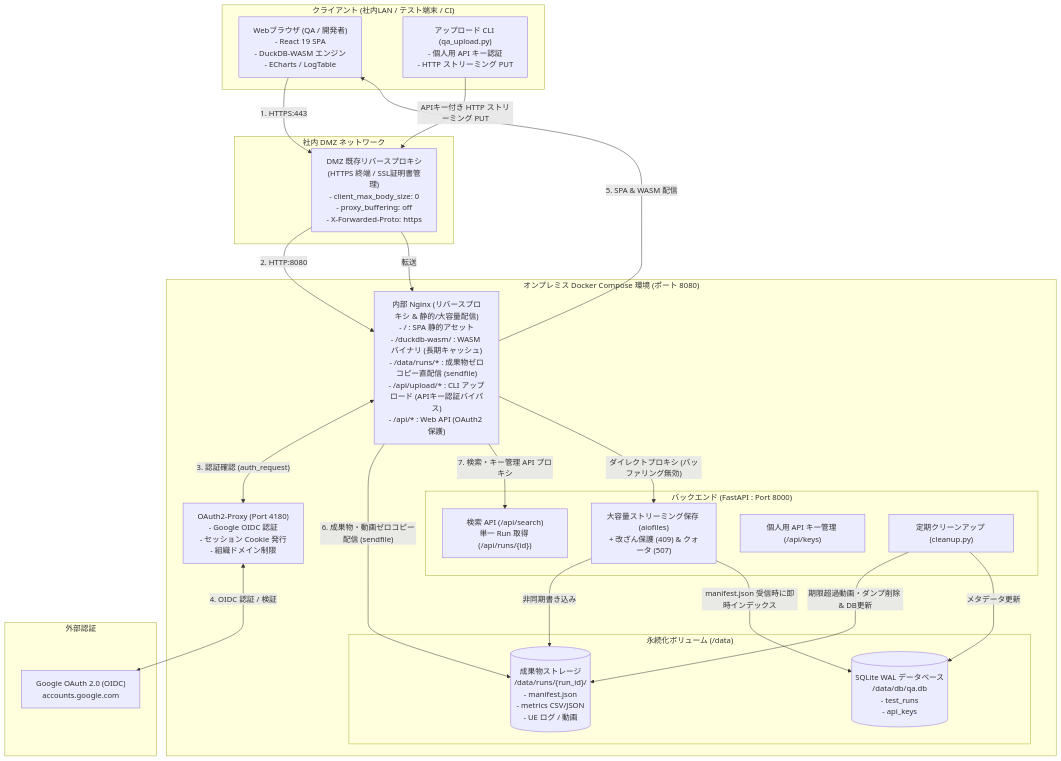
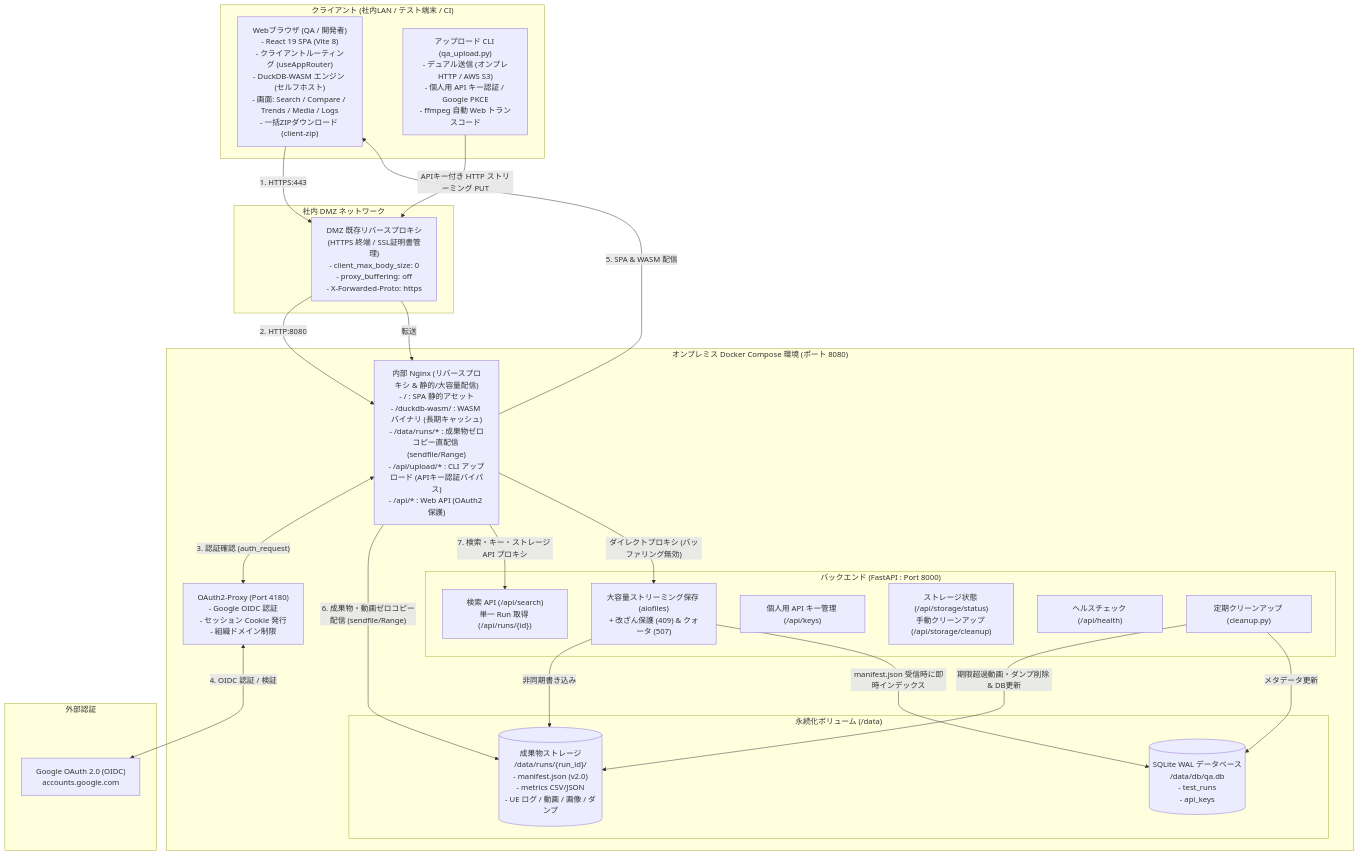
One commit to y-akahori-ramen/game-db changed the first of 3 diagrams in docs/architecture.md. Above: the diagram before and after it, drawn with Mermaid. The commit also changed other lines of this file and 10 other files, not shown here.

````diff
--- a/docs/architecture.md
+++ b/docs/architecture.md
@@ -28,51 +32,53 @@
 ```mermaid
 graph TD
     subgraph Clients ["クライアント (社内LAN / テスト端末 / CI)"]
-        Browser["Webブラウザ (QA / 開発者)<br/>- React 19 SPA<br/>- DuckDB-WASM エンジン<br/>- ECharts / LogTable"]
-        CLI["アップロード CLI (qa_upload.py)<br/>- 個人用 API キー認証<br/>- HTTP ストリーミング PUT"]
+        Browser["Webブラウザ (QA / 開発者)<br/>- React 19 SPA (Vite 8)<br/>- クライアントルーティング (useAppRouter)<br/>- DuckDB-WASM エンジン (セルフホスト)<br/>- 画面: Search / Compare / Trends / Media / Logs<br/>- 一括ZIPダウンロード (client-zip)"]
+        CLI["アップロード CLI (qa_upload.py)<br/>- デュアル送信 (オンプレHTTP / AWS S3)<br/>- 個人用 API キー認証 / Google PKCE<br/>- ffmpeg 自動 Web トランスコード"]
     end
 
     subgraph DMZ ["社内 DMZ ネットワーク"]
         DMZProxy["DMZ 既存リバースプロキシ<br/>(HTTPS 終端 / SSL証明書管理)<br/>- client_max_body_size: 0<br/>- proxy_buffering: off<br/>- X-Forwarded-Proto: https"]
     end
 
     subgraph OnPremHost ["オンプレミス Docker Compose 環境 (ポート 8080)"]
-        Nginx["内部 Nginx (リバースプロキシ & 静的/大容量配信)<br/>- / : SPA 静的アセット<br/>- /duckdb-wasm/ : WASM バイナリ (長期キャッシュ)<br/>- /data/runs/* : 成果物ゼロコピー直配信 (sendfile)<br/>- /api/upload/* : CLI アップロード (APIキー認証バイパス)<br/>- /api/* : Web API (OAuth2 保護)"]
+        Nginx["内部 Nginx (リバースプロキシ & 静的/大容量配信)<br/>- / : SPA 静的アセット<br/>- /duckdb-wasm/ : WASM バイナリ (長期キャッシュ)<br/>- /data/runs/* : 成果物ゼロコピー直配信 (sendfile/Range)<br/>- /api/upload/* : CLI アップロード (APIキー認証バイパス)<br/>- /api/* : Web API (OAuth2 保護)"]
 
         OAuthProxy["OAuth2-Proxy (Port 4180)<br/>- Google OIDC 認証<br/>- セッション Cookie 発行<br/>- 組織ドメイン制限"]
 
         subgraph BackendService ["バックエンド (FastAPI : Port 8000)"]
             UploadApi["大容量ストリーミング保存 (aiofiles)<br/>+ 改ざん保護 (409) & クォータ (507)"]
             SearchApi["検索 API (/api/search)<br/>単一 Run 取得 (/api/runs/{id})"]
             KeyApi["個人用 API キー管理 (/api/keys)"]
+            StorageApi["ストレージ状態 (/api/storage/status)<br/>手動クリーンアップ (/api/storage/cleanup)"]
+            HealthApi["ヘルスチェック (/api/health)"]
             Cleanup["定期クリーンアップ (cleanup.py)"]
         end
 
         subgraph StorageArea ["永続化ボリューム (/data)"]
             SqliteDB[("SQLite WAL データベース<br/>/data/db/qa.db<br/>- test_runs<br/>- api_keys")]
-            RunsStorage[("成果物ストレージ<br/>/data/runs/{run_id}/<br/>- manifest.json<br/>- metrics CSV/JSON<br/>- UE ログ / 動画")]
+            RunsStorage[("成果物ストレージ<br/>/data/runs/{run_id}/<br/>- manifest.json (v2.0)<br/>- metrics CSV/JSON<br/>- UE ログ / 動画 / 画像 / ダンプ")]
         end
     end
 
     subgraph AuthProvider ["外部認証"]
         GoogleOIDC["Google OAuth 2.0 (OIDC)<br/>accounts.google.com"]
     end
 
     %% Web アクセスフロー
     Browser -->|"1. HTTPS:443"| DMZProxy
     DMZProxy -->|"2. HTTP:8080"| Nginx
     Nginx <-->|"3. 認証確認 (auth_request)"| OAuthProxy
     OAuthProxy <-->|"4. OIDC 認証 / 検証"| GoogleOIDC
     Nginx -->|"5. SPA & WASM 配信"| Browser
-    Nginx -->|"6. 成果物・動画ゼロコピー配信 (sendfile)"| RunsStorage
-    Nginx -->|"7. 検索・キー管理 API プロキシ"| SearchApi
+    Nginx -->|"6. 成果物・動画ゼロコピー配信 (sendfile/Range)"| RunsStorage
+    Nginx -->|"7. 検索・キー・ストレージ API プロキシ"| SearchApi
 
     %% CLI アップロードフロー
     CLI -->|"APIキー付き HTTP ストリーミング PUT"| DMZProxy
     DMZProxy -->|"転送"| Nginx
     Nginx -->|"ダイレクトプロキシ (バッファリング無効)"| UploadApi
     UploadApi -->|"非同期書き込み"| RunsStorage
     UploadApi -->|"manifest.json 受信時に即時インデックス"| SqliteDB
     Cleanup -->|"期限超過動画・ダンプ削除 & DB更新"| RunsStorage
     Cleanup -->|"メタデータ更新"| SqliteDB
 ```
````
